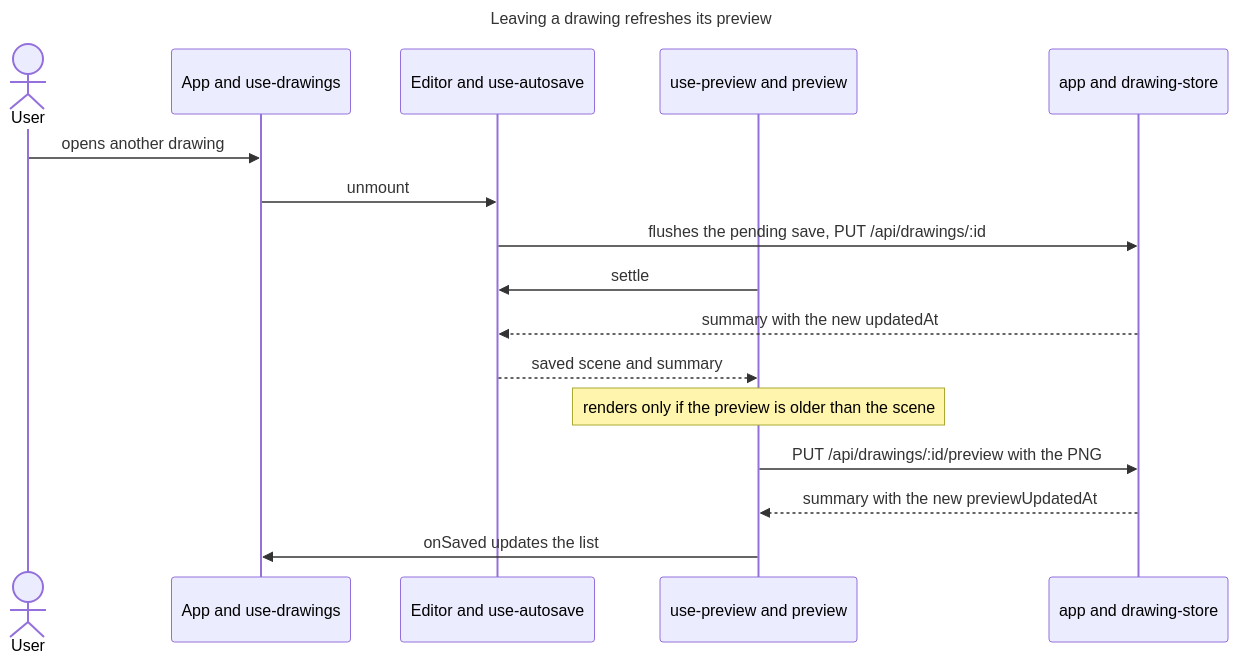
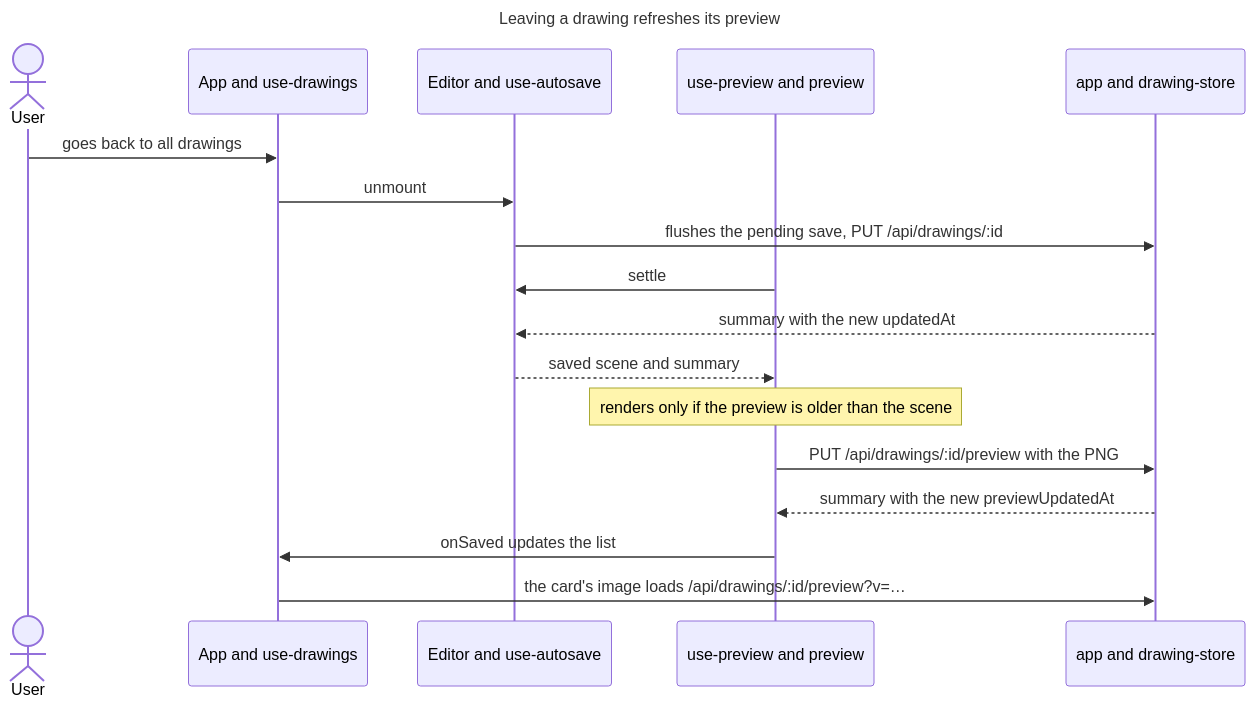
Before and after one commit to remshams/excalidraw-dashboard: the ninth of 10 diagrams in docs/architecture/architecture.md, drawn with Mermaid. The commit also changed other lines of this file and 1 other file, not shown here.

Commit message:
docs(Architecture): describe the landing page and the editor view

````diff
--- a/docs/architecture/architecture.md
+++ b/docs/architecture/architecture.md
@@ -242,21 +251,22 @@
 ```mermaid
 ---
 title: Leaving a drawing refreshes its preview
 ---
 sequenceDiagram
     actor User
     participant App as App and use-drawings
     participant Autosave as Editor and use-autosave
     participant Preview as use-preview and preview
     participant Server as app and drawing-store
-    User->>App: opens another drawing
+    User->>App: goes back to all drawings
     App->>Autosave: unmount
     Autosave->>Server: flushes the pending save, PUT /api/drawings/:id
     Preview->>Autosave: settle
     Server-->>Autosave: summary with the new updatedAt
     Autosave-->>Preview: saved scene and summary
     Note over Preview: renders only if the preview is older than the scene
     Preview->>Server: PUT /api/drawings/:id/preview with the PNG
     Server-->>Preview: summary with the new previewUpdatedAt
     Preview->>App: onSaved updates the list
+    App->>Server: the card's image loads /api/drawings/:id/preview?v=…
 ```
````
